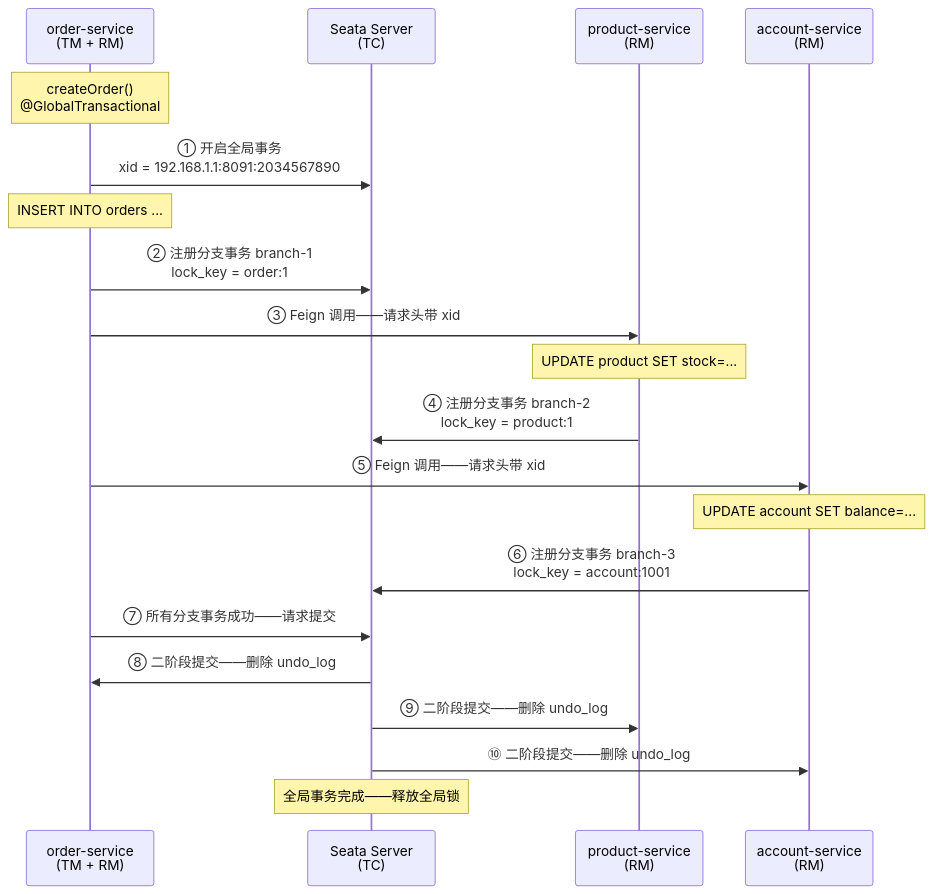
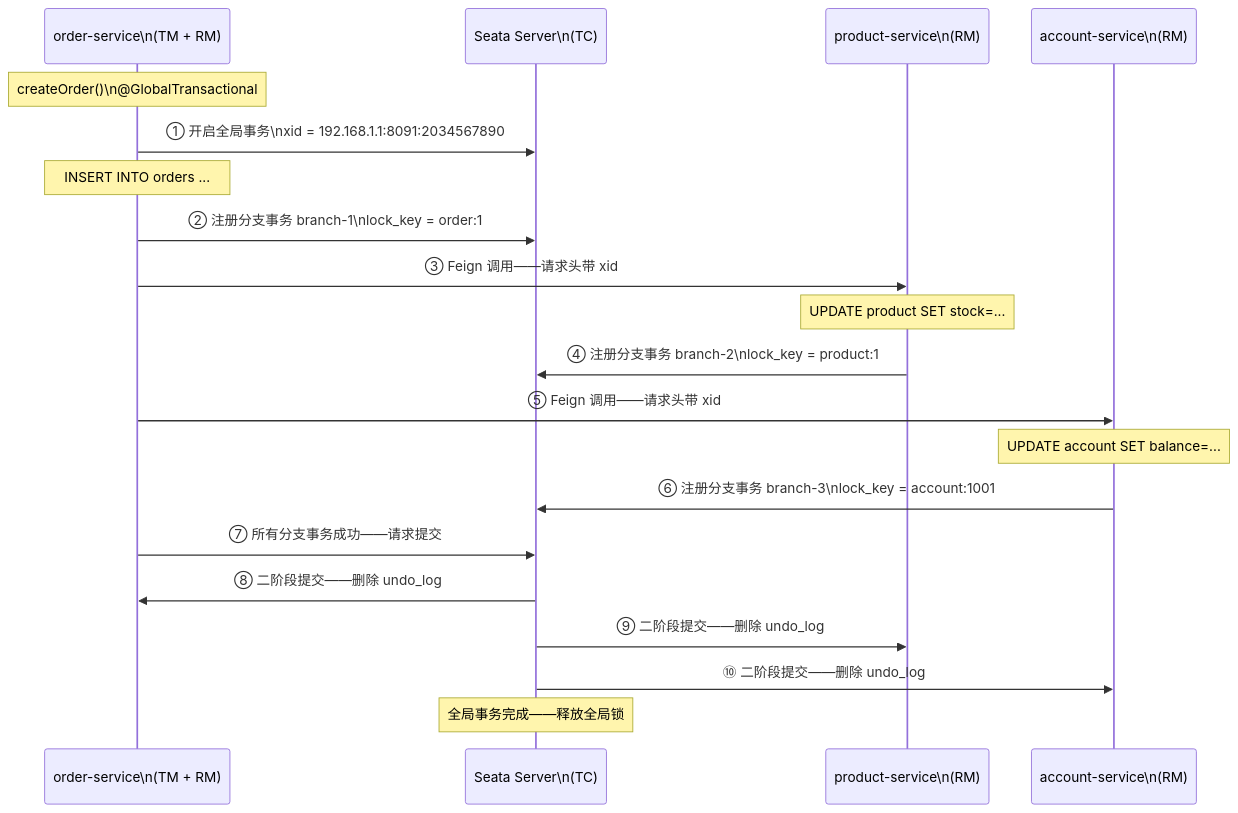
One commit to yaocat55/yaocat55.github.io changed the second of 2 diagrams in content/posts/distributed-transaction/DtSeataAT.md. Above: the diagram before and after it, drawn with Mermaid. The commit also changed other lines of this file and 155 other files, not shown here.

````diff
--- a/content/posts/distributed-transaction/DtSeataAT.md
+++ b/content/posts/distributed-transaction/DtSeataAT.md
@@ -469,30 +471,30 @@
 ```mermaid
 sequenceDiagram
-    participant TM as order-service<br/>(TM + RM)
-    participant TC as Seata Server<br/>(TC)
-    participant RM2 as product-service<br/>(RM)
-    participant RM3 as account-service<br/>(RM)
+    participant TM as order-service\n(TM + RM)
+    participant TC as Seata Server\n(TC)
+    participant RM2 as product-service\n(RM)
+    participant RM3 as account-service\n(RM)
 
-    Note over TM: createOrder()<br/>@GlobalTransactional
+    Note over TM: createOrder()\n@GlobalTransactional
 
-    TM->>TC: ① 开启全局事务<br/>xid = 192.168.1.1:8091:2034567890
+    TM->>TC: ① 开启全局事务\nxid = 192.168.1.1:8091:2034567890
 
     Note over TM: INSERT INTO orders ...
-    TM->>TC: ② 注册分支事务 branch-1<br/>lock_key = order:1
+    TM->>TC: ② 注册分支事务 branch-1\nlock_key = order:1
 
     TM->>RM2: ③ Feign 调用——请求头带 xid
     Note over RM2: UPDATE product SET stock=...
-    RM2->>TC: ④ 注册分支事务 branch-2<br/>lock_key = product:1
+    RM2->>TC: ④ 注册分支事务 branch-2\nlock_key = product:1
 
     TM->>RM3: ⑤ Feign 调用——请求头带 xid
     Note over RM3: UPDATE account SET balance=...
-    RM3->>TC: ⑥ 注册分支事务 branch-3<br/>lock_key = account:1001
+    RM3->>TC: ⑥ 注册分支事务 branch-3\nlock_key = account:1001
 
     TM->>TC: ⑦ 所有分支事务成功——请求提交
 
     TC->>TM: ⑧ 二阶段提交——删除 undo_log
     TC->>RM2: ⑨ 二阶段提交——删除 undo_log
     TC->>RM3: ⑩ 二阶段提交——删除 undo_log
 
     Note over TC: 全局事务完成——释放全局锁
 ```
````
